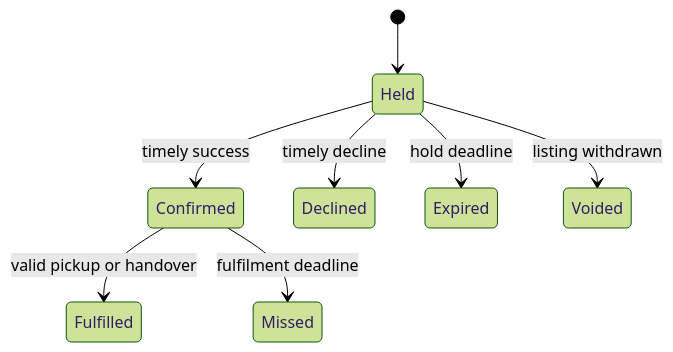
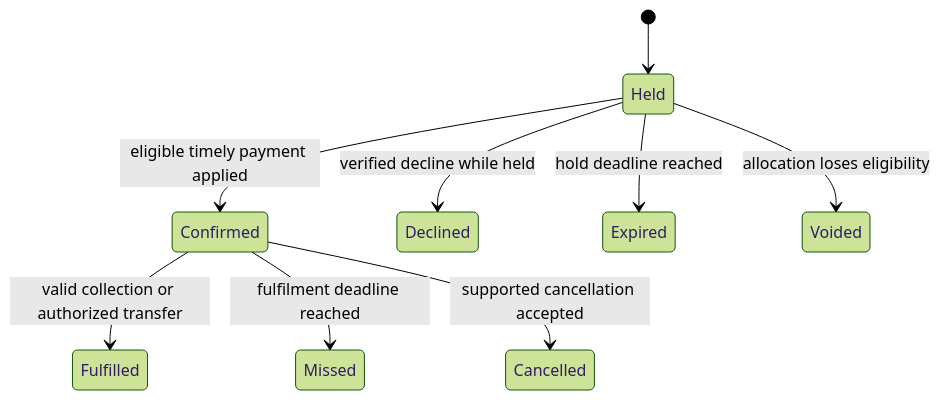
Before and after one commit to aunabil-abtahi/lastcall-sad: diagram 12 of 15 in docs/05-srs/SRS.md, drawn with Mermaid (forest theme). The commit also changed other lines of this file, not shown here.

````diff
--- a/docs/05-srs/SRS.md
+++ b/docs/05-srs/SRS.md
@@ -535,10 +925,11 @@
 ```mermaid
 stateDiagram-v2
  [*] --> Held
- Held --> Confirmed : timely success
- Held --> Declined : timely decline
- Held --> Expired : hold deadline
- Held --> Voided : listing withdrawn
- Confirmed --> Fulfilled : valid pickup or handover
- Confirmed --> Missed : fulfilment deadline
+ Held --> Confirmed : eligible timely payment applied
+ Held --> Declined : verified decline while held
+ Held --> Expired : hold deadline reached
+ Held --> Voided : allocation loses eligibility
+ Confirmed --> Fulfilled : valid collection or authorized transfer
+ Confirmed --> Missed : fulfilment deadline reached
+ Confirmed --> Cancelled : supported cancellation accepted
 ```
````
